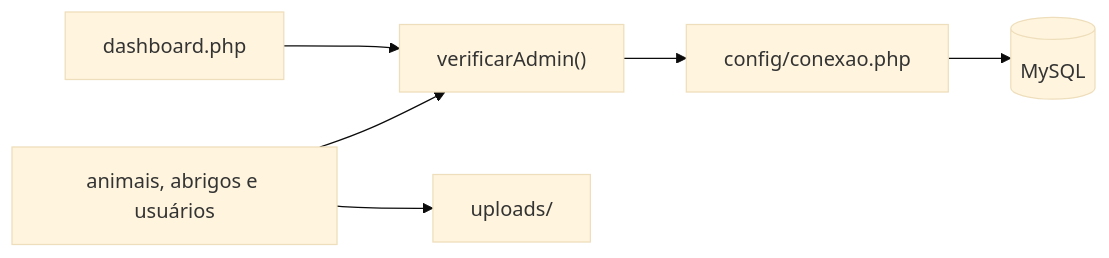
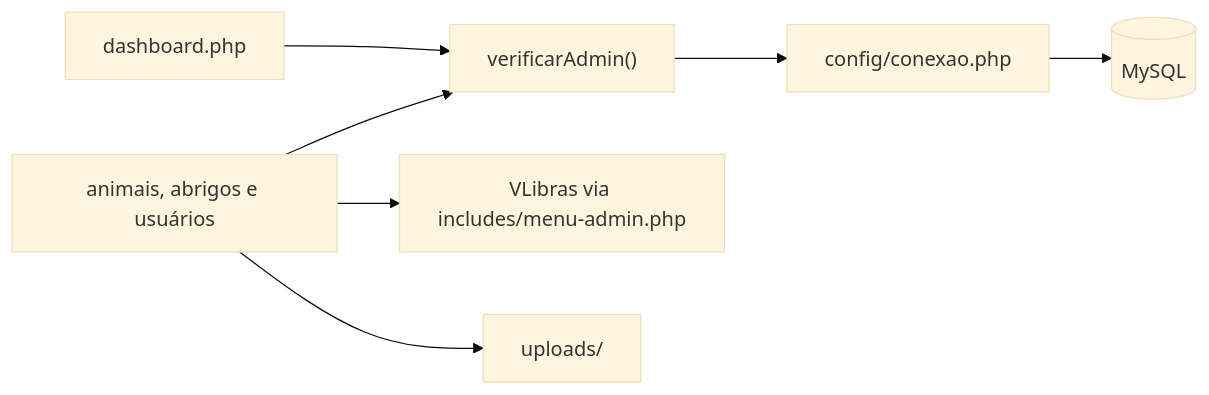
The fourth of 4 diagrams in docs/estrutura.md (GabrielFFreita/Pet-Vida-2026), drawn with Mermaid (base theme) before and after one commit. The commit also changed other lines of this file and 6 other files, not shown here.

Commit message:
feat: add VLibras accessibility widget to public pages and admin panel

````diff
--- a/docs/estrutura.md
+++ b/docs/estrutura.md
@@ -148,8 +156,9 @@
 ```mermaid
 flowchart LR
     DASH["dashboard.php"] --> AUTH["verificarAdmin()"]
     CRUD["animais, abrigos e usuários"] --> AUTH
+    CRUD --> VLADM["VLibras via includes/menu-admin.php"]
     AUTH --> PDO["config/conexao.php"]
     CRUD --> UP["uploads/"]
     PDO --> DB[(MySQL)]
 ```
````
